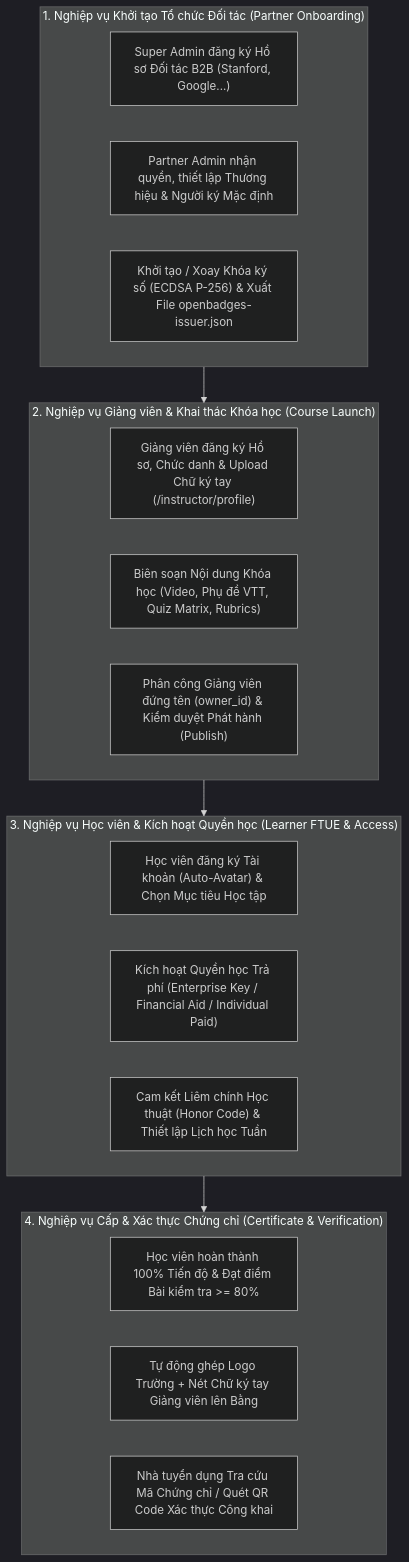
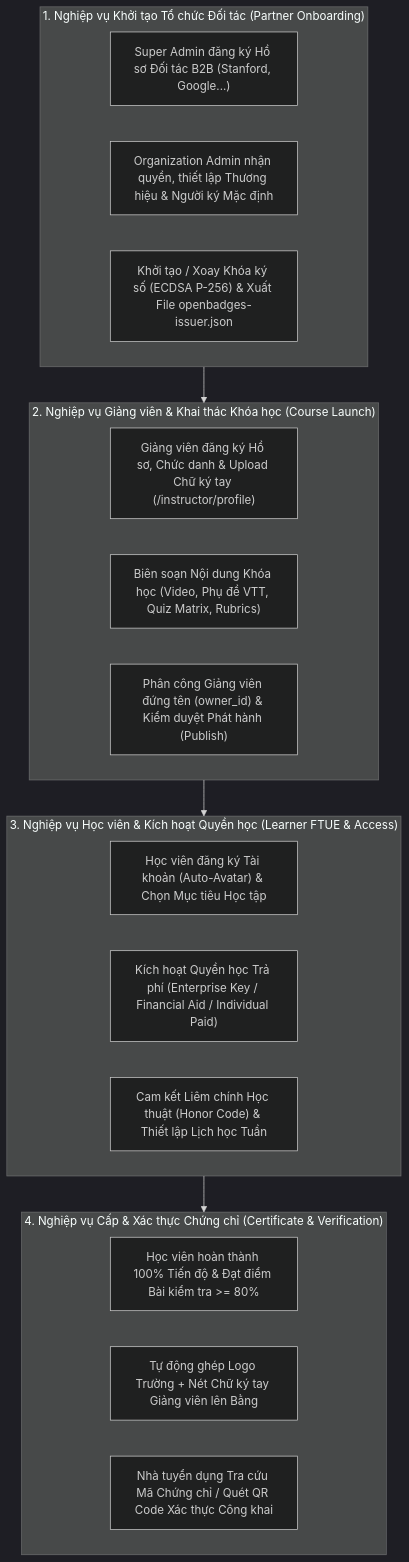
The diagram in docs/06_system_initialization_and_onboarding.md (tianshi04/lms-ai-study-assistant), drawn with Mermaid (dark theme) before and after one commit. The commit also changed other lines of this file and 5 other files, not shown here.

````diff
--- a/docs/06_system_initialization_and_onboarding.md
+++ b/docs/06_system_initialization_and_onboarding.md
@@ -9,28 +9,29 @@
 ```mermaid
 flowchart TD
     subgraph B1["1. Nghiệp vụ Khởi tạo Tổ chức Đối tác (Partner Onboarding)"]
         B1_1["Super Admin đăng ký Hồ sơ Đối tác B2B (Stanford, Google...)"]
-        B1_2["Partner Admin nhận quyền, thiết lập Thương hiệu & Người ký Mặc định"]
+
+        B1_2["Organization Admin nhận quyền, thiết lập Thương hiệu & Người ký Mặc định"]
         B1_3["Khởi tạo / Xoay Khóa ký số (ECDSA P-256) & Xuất File openbadges-issuer.json"]
     end
 
     subgraph B2["2. Nghiệp vụ Giảng viên & Khai thác Khóa học (Course Launch)"]
         B2_1["Giảng viên đăng ký Hồ sơ, Chức danh & Upload Chữ ký tay (/instructor/profile)"]
         B2_2["Biên soạn Nội dung Khóa học (Video, Phụ đề VTT, Quiz Matrix, Rubrics)"]
         B2_3["Phân công Giảng viên đứng tên (owner_id) & Kiểm duyệt Phát hành (Publish)"]
     end
 
     subgraph B3["3. Nghiệp vụ Học viên & Kích hoạt Quyền học (Learner FTUE & Access)"]
         B3_1["Học viên đăng ký Tài khoản (Auto-Avatar) & Chọn Mục tiêu Học tập"]
         B3_2["Kích hoạt Quyền học Trả phí (Enterprise Key / Financial Aid / Individual Paid)"]
         B3_3["Cam kết Liêm chính Học thuật (Honor Code) & Thiết lập Lịch học Tuần"]
     end
 
     subgraph B4["4. Nghiệp vụ Cấp & Xác thực Chứng chỉ (Certificate & Verification)"]
         B4_1["Học viên hoàn thành 100% Tiến độ & Đạt điểm Bài kiểm tra >= 80%"]
         B4_2["Tự động ghép Logo Trường + Nét Chữ ký tay Giảng viên lên Bằng"]
         B4_3["Nhà tuyển dụng Tra cứu Mã Chứng chỉ / Quét QR Code Xác thực Công khai"]
     end
 
     B1 --> B2 --> B3 --> B4
 ```
````
